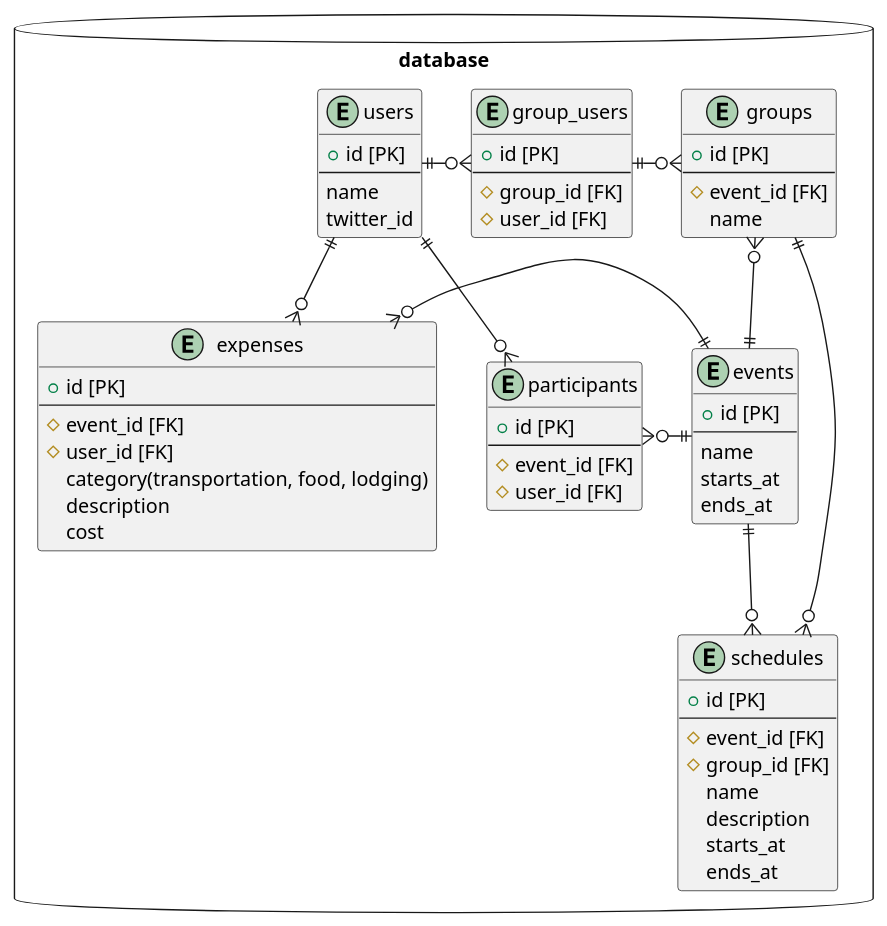
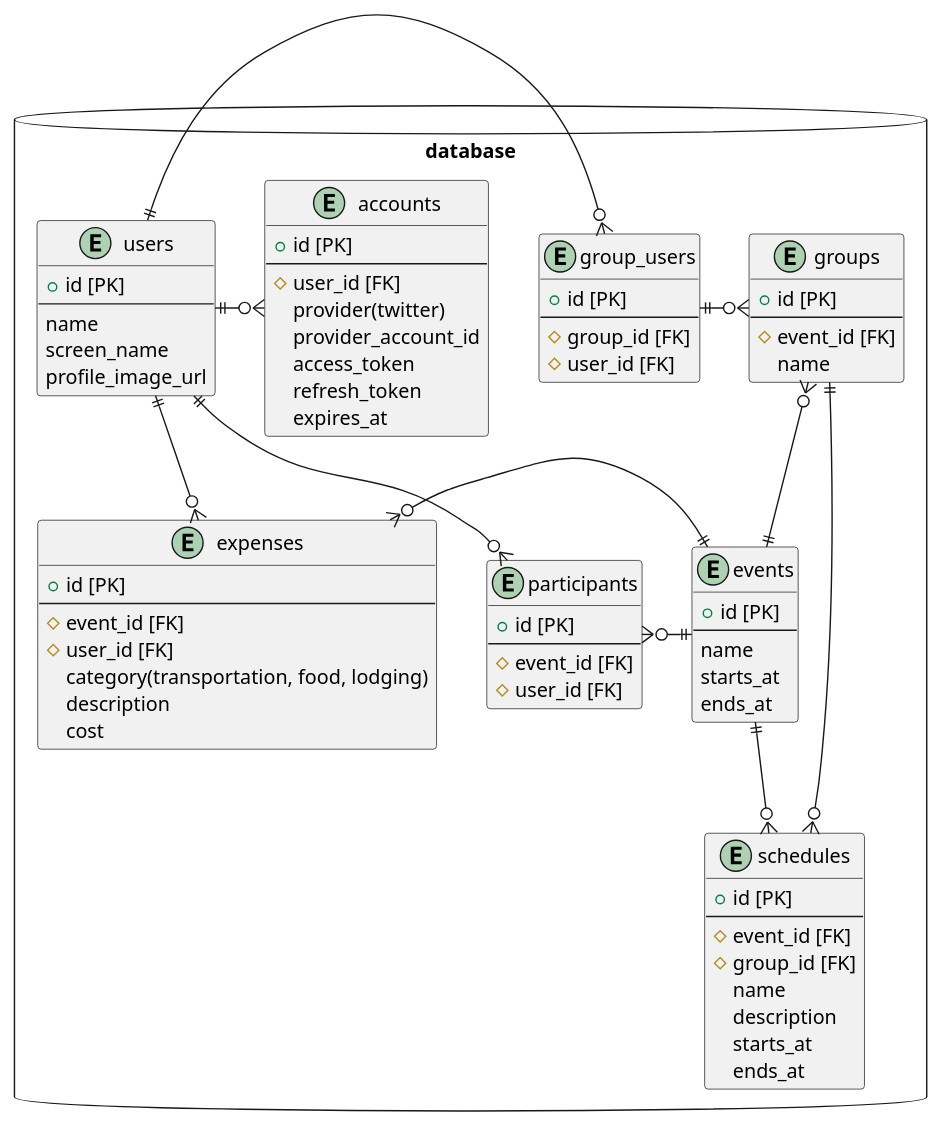
One commit to tomocrafter/tispa-backend changed the diagram in docs/schema.md. Above: the diagram before and after it, drawn with PlantUML. The commit also changed other lines of this file, not shown here.

Commit message:
docs: ソーシャルログインの情報を追加する
ついでにプロフィールにscreen_nameとprofile_image_urlを追加

```diff
--- a/docs/schema.md
+++ b/docs/schema.md
@@ -8,7 +8,19 @@
     + id [PK]
     ---
     name
-    twitter_id
+    screen_name
+    profile_image_url
+  }
+
+  entity accounts {
+    + id [PK]
+    ---
+    # user_id [FK]
+    provider(twitter)
+    provider_account_id
+    access_token
+    refresh_token
+    expires_at
   }
 
   entity events {
@@ -62,6 +74,7 @@
   }
 }
 
+users ||-o{ accounts
 users ||-d-o{ participants
 users ||-r-o{ group_users
 users ||-o{ expenses
```
